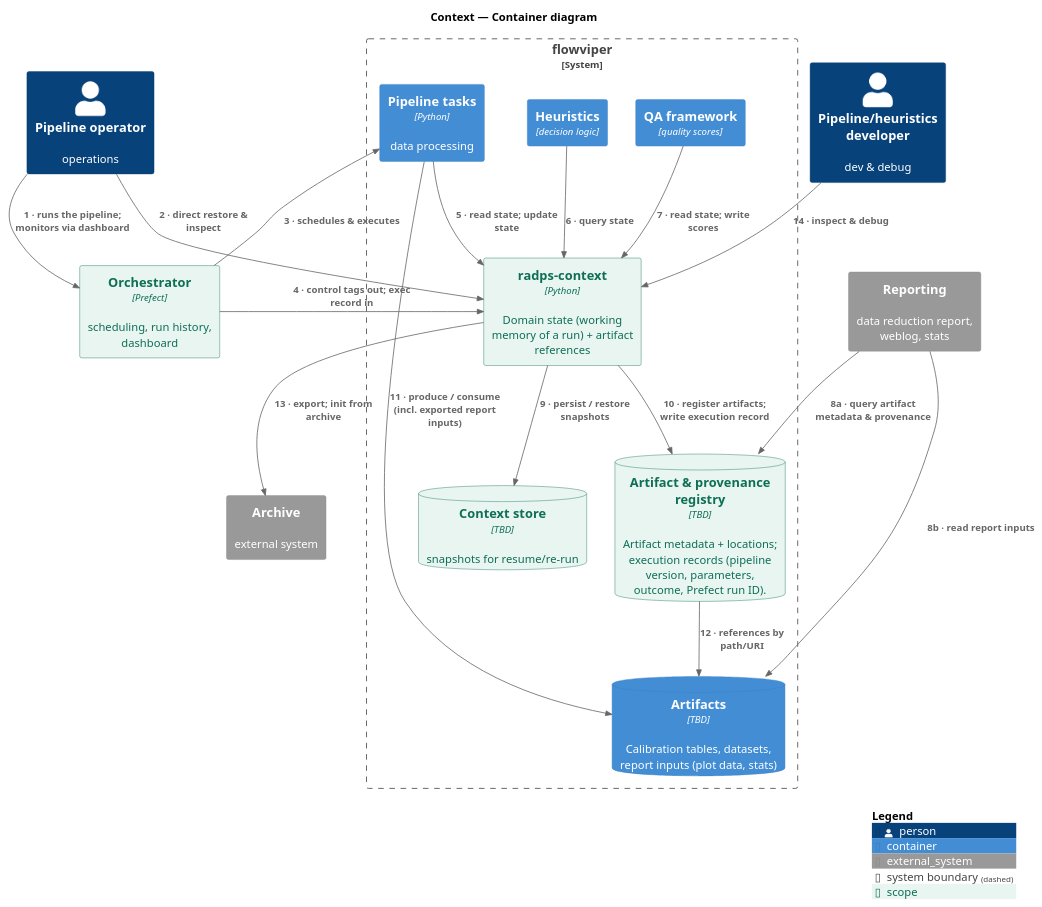
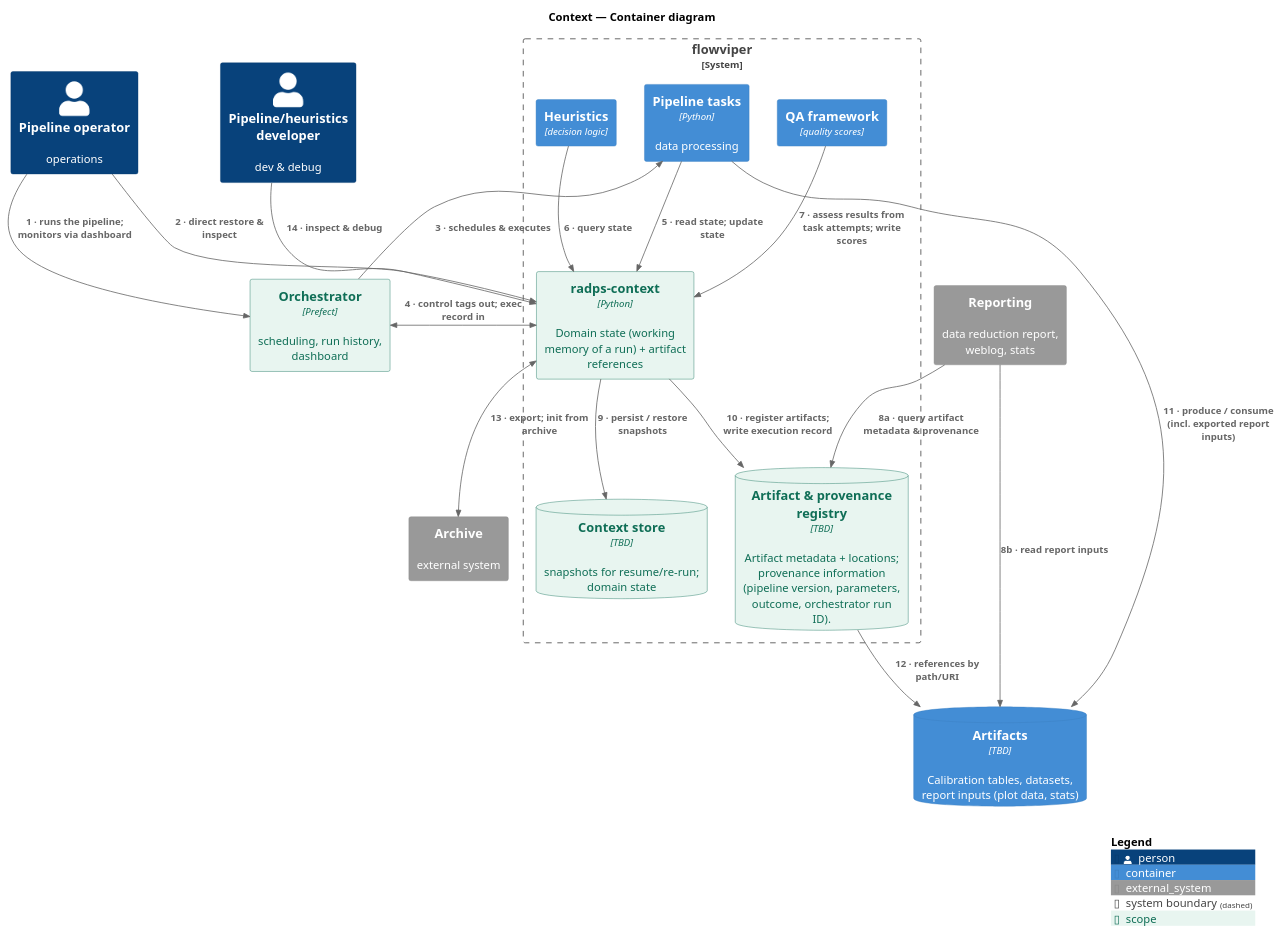
Before and after one commit to casangi/radps-context: the diagram in docs/diagrams/container_diagram.puml, drawn with PlantUML. The commit also changed 1 other file, not shown here.

Commit message:
Move Artifacts storage out of flowviper; update context and orchestrator relationships to be bi-directional; update some descriptions for clarity based on feedback.

```diff
--- a/docs/diagrams/container_diagram.puml
+++ b/docs/diagrams/container_diagram.puml
@@ -1,44 +1,44 @@
 @startuml
 !include https://raw.githubusercontent.com/plantuml-stdlib/C4-PlantUML/master/C4_Container.puml
 
 ' --- tags ---
 AddElementTag("scope", $bgColor="#E8F5F0", $borderColor="#0F6E56", $fontColor="#0F6E56")
 
 title Context — Container diagram 
 
 Person(operator, "Pipeline operator", "operations")
 Person(developer, "Pipeline/heuristics developer", "dev & debug")
 
 Container(orchestrator, "Orchestrator", "Prefect", "scheduling, run history, dashboard", $tags="scope")
 System_Ext(reporting, "Reporting", "data reduction report, weblog, stats")
 System_Ext(archive, "Archive", "external system")
 
 System_Boundary(pipeline, "flowviper") {
   Container(radps_context, "radps-context", "Python", "Domain state (working memory of a run) + artifact references", $tags="scope")
   Container(tasks, "Pipeline tasks", "Python", "data processing")
   Container(heuristics, "Heuristics", "decision logic")
   Container(qa, "QA framework", "quality scores")
-  ContainerDb(context_db, "Context store", "TBD", "snapshots for resume/re-run", $tags="scope")
-  ContainerDb(registry, "Artifact & provenance registry", "TBD", "Artifact metadata + locations; execution records (pipeline version, parameters, outcome, Prefect run ID).", $tags="scope")
-  ContainerDb(artifacts, "Artifacts", "TBD", "Calibration tables, datasets, report inputs (plot data, stats)")
+  ContainerDb(context_db, "Context store", "TBD", "snapshots for resume/re-run; domain state", $tags="scope")
+  ContainerDb(registry, "Artifact & provenance registry", "TBD", "Artifact metadata + locations; provenance information (pipeline version, parameters, outcome, orchestrator run ID).", $tags="scope")
 }
+ContainerDb(artifacts, "Artifacts", "TBD", "Calibration tables, datasets, report inputs (plot data, stats)")
 
 ' --- relationships ---
 Rel(operator, orchestrator, "1 · runs the pipeline; monitors via dashboard")
 Rel(operator, radps_context, "2 · direct restore & inspect")
 Rel(orchestrator, tasks, "3 · schedules & executes")
-Rel_U(orchestrator, radps_context, "4 · control tags out; exec record in")
+BiRel_U(orchestrator, radps_context, "4 · control tags out; exec record in")
 Rel(tasks, radps_context, "5 · read state; update state")
 Rel(heuristics, radps_context, "6 · query state")
-Rel(qa, radps_context, "7 · read state; write scores")
+Rel(qa, radps_context, "7 · assess results from task attempts; write scores")
 Rel(reporting, registry, "8a · query artifact metadata & provenance")
 Rel(reporting, artifacts, "8b · read report inputs")
 Rel(radps_context, context_db, "9 · persist / restore snapshots")
 Rel(radps_context, registry, "10 · register artifacts; write execution record")
 Rel(tasks, artifacts, "11 · produce / consume (incl. exported report inputs)")
 Rel(registry, artifacts, "12 · references by path/URI")
-Rel(radps_context, archive, "13 · export; init from archive")
+BiRel(radps_context, archive, "13 · export; init from archive")
 Rel(developer, radps_context, "14 · inspect & debug")
 
 SHOW_LEGEND()
 @enduml
```
